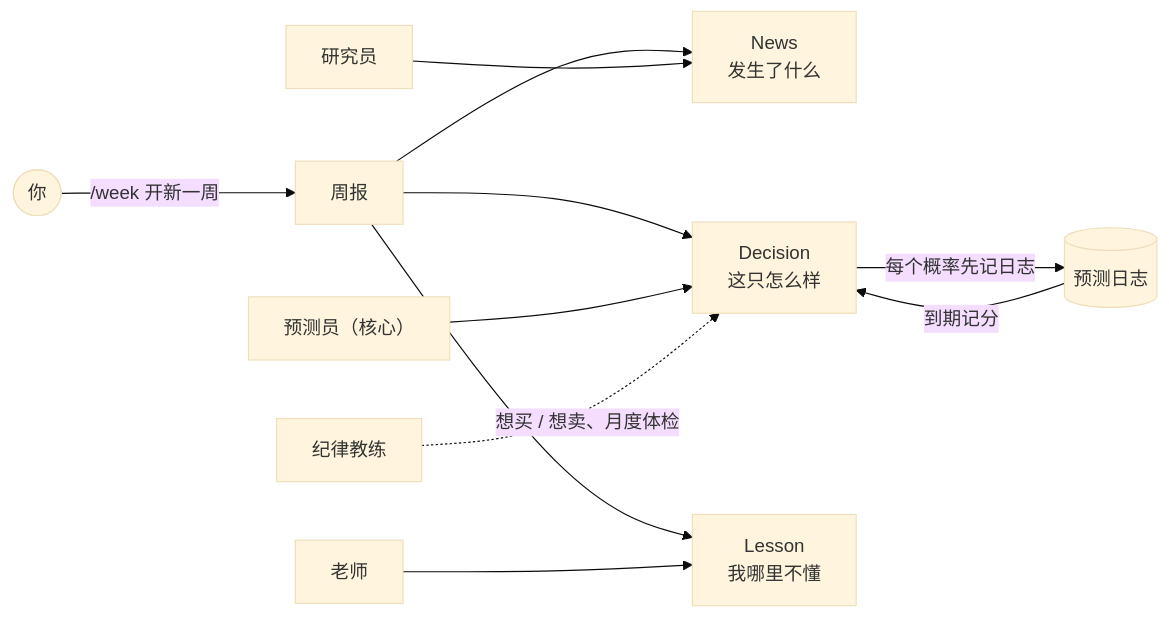
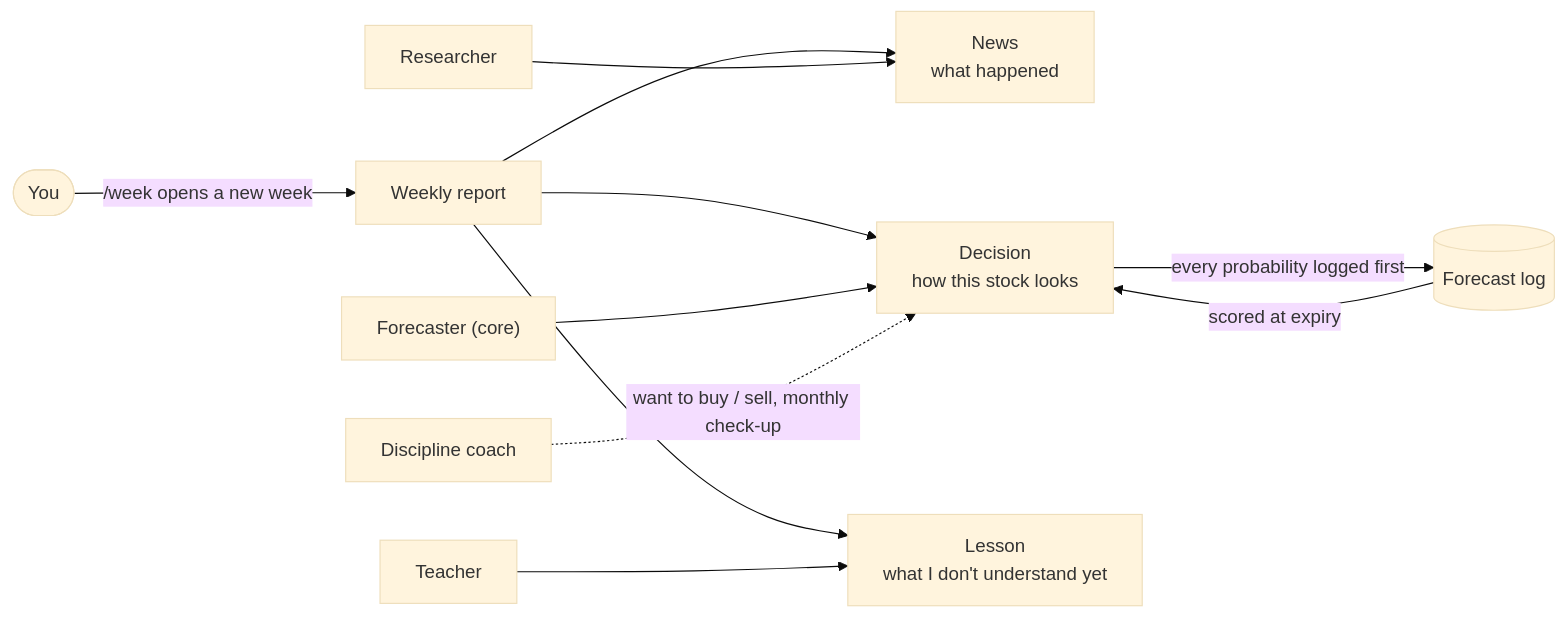
The diagram in README.md (seanyi0104/Finclaude), drawn with Mermaid (base theme) before and after one commit. The commit also changed other lines of this file and 34 other files, not shown here.

````diff
--- a/README.md
+++ b/README.md
@@ -24,13 +26,13 @@
 ```mermaid
 flowchart LR
-    U([你]) -->|"/week 开新一周"| W[周报]
-    W --> N["News<br/>发生了什么"]
-    W --> D["Decision<br/>这只怎么样"]
-    W --> L["Lesson<br/>我哪里不懂"]
-    R[研究员] --> N
-    F["预测员（核心）"] --> D
-    T[老师] --> L
-    G[纪律教练] -.->|"想买 / 想卖、月度体检"| D
-    D -->|每个概率先记日志| J[(预测日志)]
-    J -->|到期记分| D
+    U([You]) -->|"/week opens a new week"| W[Weekly report]
+    W --> N["News<br/>what happened"]
+    W --> D["Decision<br/>how this stock looks"]
+    W --> L["Lesson<br/>what I don't understand yet"]
+    R[Researcher] --> N
+    F["Forecaster (core)"] --> D
+    T[Teacher] --> L
+    G[Discipline coach] -.->|"want to buy / sell, monthly check-up"| D
+    D -->|every probability logged first| J[(Forecast log)]
+    J -->|scored at expiry| D
 ```
````
